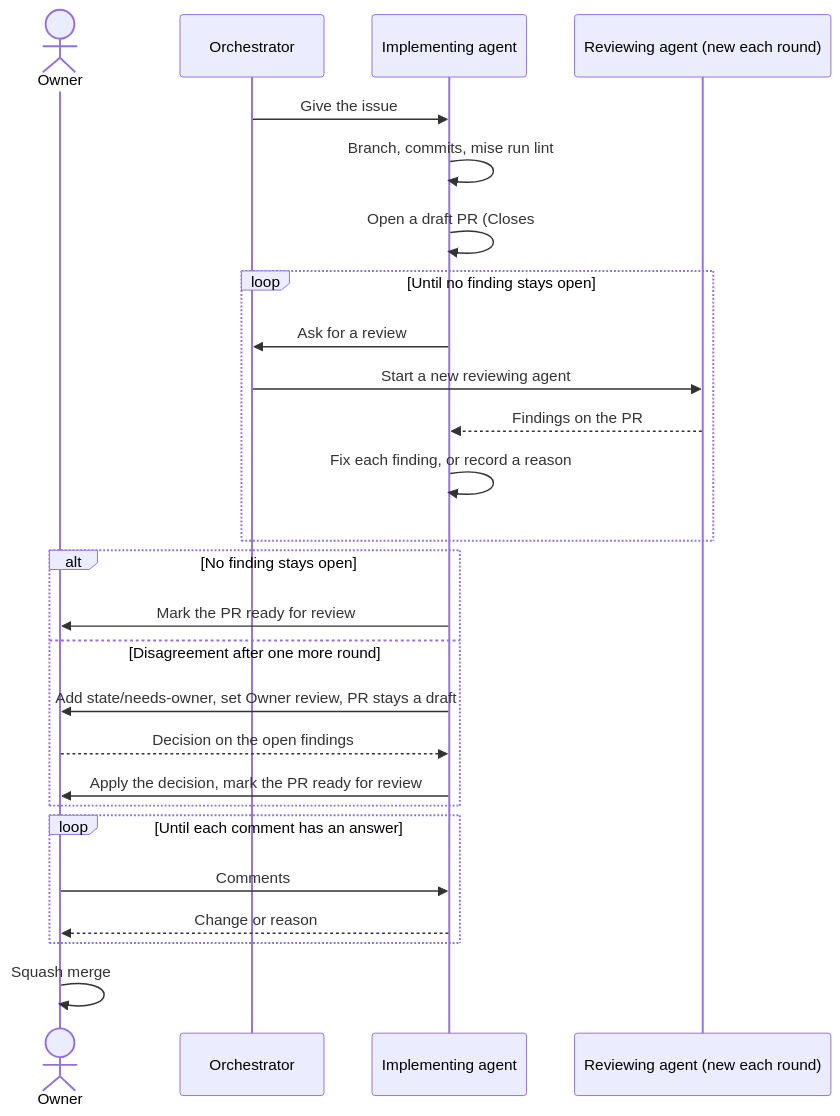
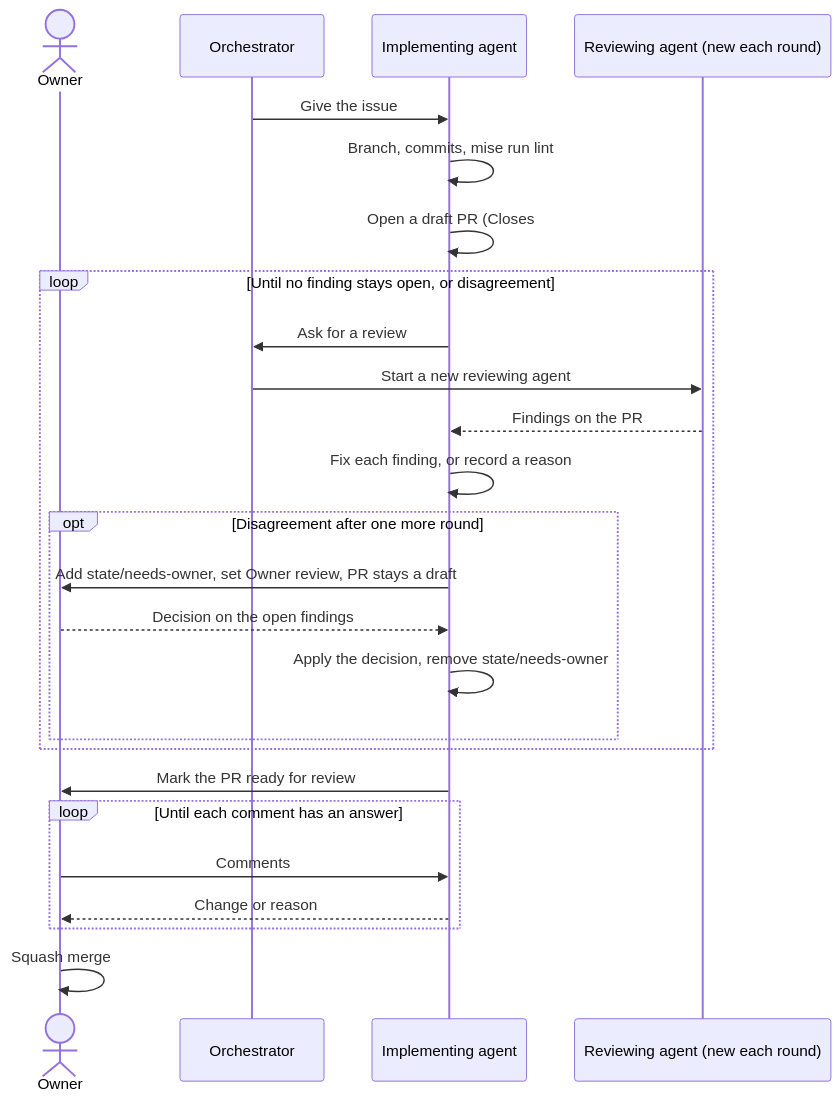
One commit to gsuquet/homelab changed the fourth of 7 diagrams in docs/records/rfcs/0002-how-we-work.md. Above: the diagram before and after it, drawn with Mermaid. The commit also changed other lines of this file, not shown here.

First line of the commit message:
docs(records): apply review round 3 to RFC 0002

````diff
--- a/docs/records/rfcs/0002-how-we-work.md
+++ b/docs/records/rfcs/0002-how-we-work.md
@@ -180,28 +180,27 @@
 ```mermaid
 sequenceDiagram
     actor Owner
     participant Orch as Orchestrator
     participant Impl as Implementing agent
     participant Rev as Reviewing agent (new each round)
     Orch->>Impl: Give the issue
     Impl->>Impl: Branch, commits, mise run lint
     Impl->>Impl: Open a draft PR (Closes #N)
-    loop Until no finding stays open
+    loop Until no finding stays open, or disagreement
         Impl->>Orch: Ask for a review
         Orch->>Rev: Start a new reviewing agent
         Rev-->>Impl: Findings on the PR
         Impl->>Impl: Fix each finding, or record a reason
+        opt Disagreement after one more round
+            Impl->>Owner: Add state/needs-owner, set Owner review, PR stays a draft
+            Owner-->>Impl: Decision on the open findings
+            Impl->>Impl: Apply the decision, remove state/needs-owner
+        end
     end
-    alt No finding stays open
-        Impl->>Owner: Mark the PR ready for review
-    else Disagreement after one more round
-        Impl->>Owner: Add state/needs-owner, set Owner review, PR stays a draft
-        Owner-->>Impl: Decision on the open findings
-        Impl->>Owner: Apply the decision, mark the PR ready for review
-    end
+    Impl->>Owner: Mark the PR ready for review
     loop Until each comment has an answer
         Owner->>Impl: Comments
         Impl-->>Owner: Change or reason
     end
     Owner->>Owner: Squash merge
 ```
````
